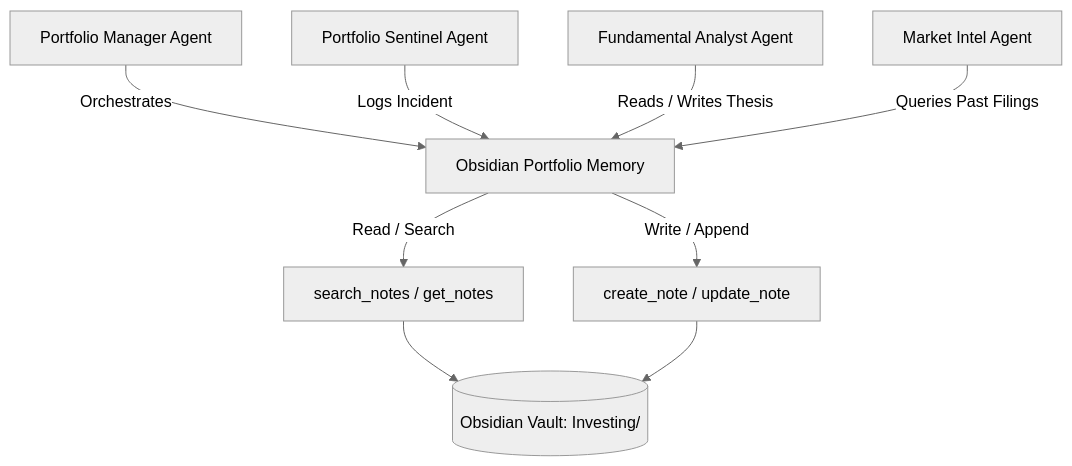
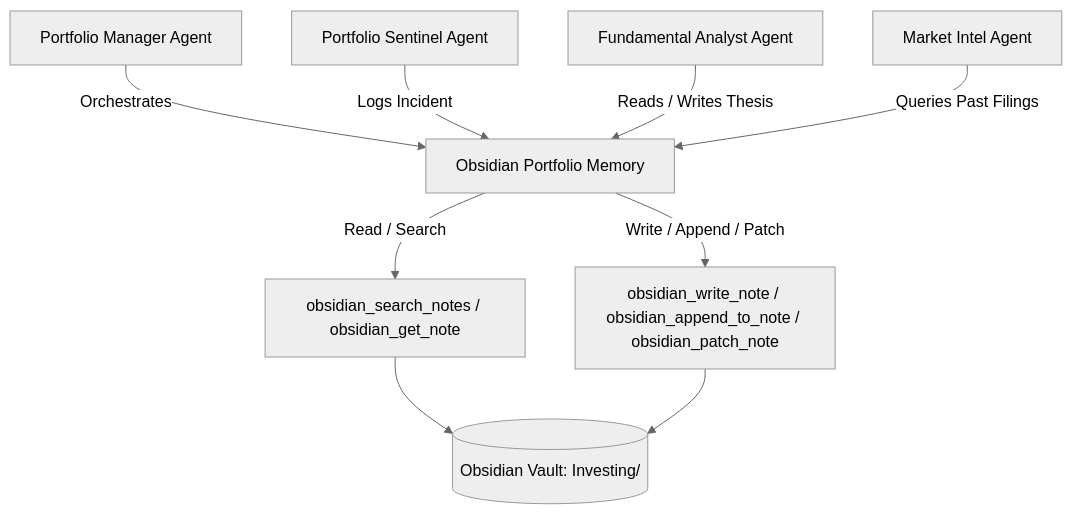
Before and after one commit to dotslash21/stonks-agent: the diagram in skills/obsidian-portfolio-memory/SKILL.md, drawn with Mermaid (neutral theme). The commit also changed other lines of this file and 5 other files, not shown here.

````diff
--- a/skills/obsidian-portfolio-memory/SKILL.md
+++ b/skills/obsidian-portfolio-memory/SKILL.md
@@ -93,13 +109,13 @@
 ```mermaid
 flowchart TD
     PM[Portfolio Manager Agent] -->|Orchestrates| SOM[Obsidian Portfolio Memory]
     PS[Portfolio Sentinel Agent] -->|Logs Incident| SOM
     FA[Fundamental Analyst Agent] -->|Reads / Writes Thesis| SOM
     MI[Market Intel Agent] -->|Queries Past Filings| SOM
 
-    SOM -->|Read / Search| VSearch[search_notes / get_notes]
-    SOM -->|Write / Append| VWrite[create_note / update_note]
+    SOM -->|Read / Search| VSearch["obsidian_search_notes / obsidian_get_note"]
+    SOM -->|Write / Append / Patch| VWrite["obsidian_write_note / obsidian_append_to_note / obsidian_patch_note"]
 
     VSearch --> Vault[(Obsidian Vault: Investing/)]
     VWrite --> Vault
 ```
````
